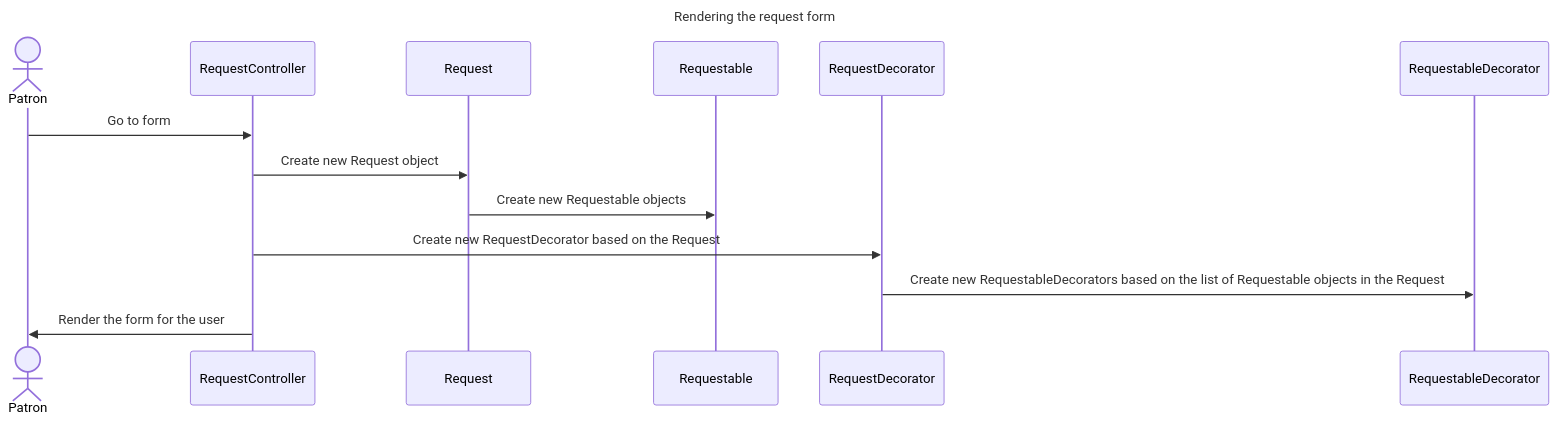
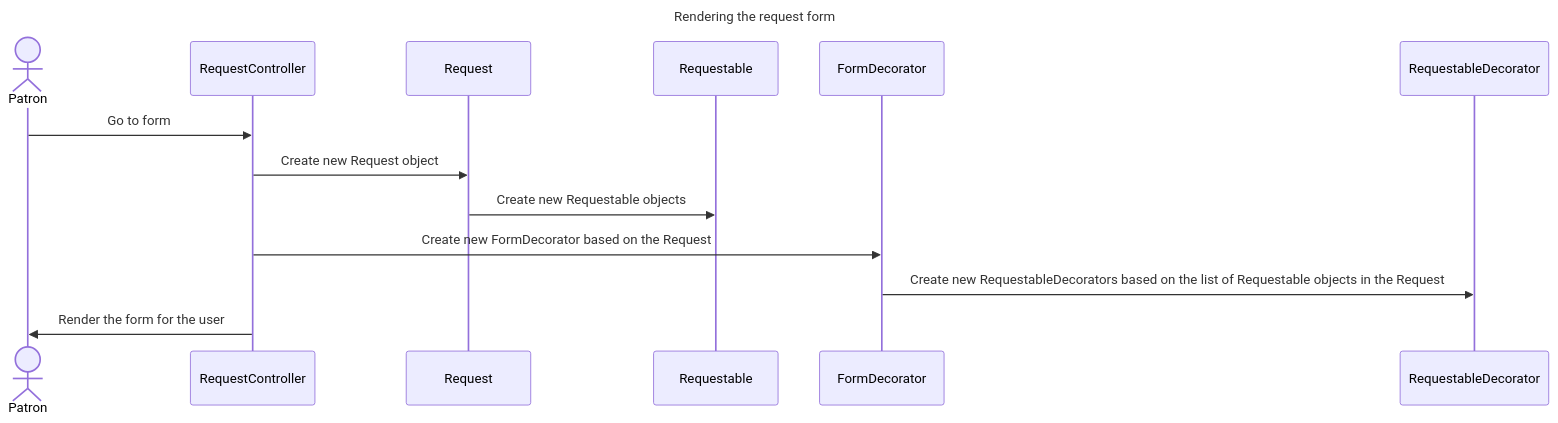
Before and after one commit to pulibrary/orangelight: the second of 3 diagrams in docs/requests/README.md, drawn with Mermaid. The commit also changed 11 other files, not shown here.

Commit message:
Rename Requests::Request to Requests::Form Rename Requests::RequestDecorator to Requests::FormDecorator @sandbergja Thank you for the idea!

````diff
--- a/docs/requests/README.md
+++ b/docs/requests/README.md
@@ -74,11 +74,11 @@
 ```mermaid
 sequenceDiagram
     title Rendering the request form
     actor patron as Patron
     patron->>RequestController: Go to form
     RequestController->>Request: Create new Request object
     Request->>Requestable: Create new Requestable objects
-    RequestController->>RequestDecorator: Create new RequestDecorator based on the Request
-    RequestDecorator->>RequestableDecorator: Create new RequestableDecorators based on the list of Requestable objects in the Request
+    RequestController->>FormDecorator: Create new FormDecorator based on the Request
+    FormDecorator->>RequestableDecorator: Create new RequestableDecorators based on the list of Requestable objects in the Request
     RequestController->>patron: Render the form for the user
 ```
````
